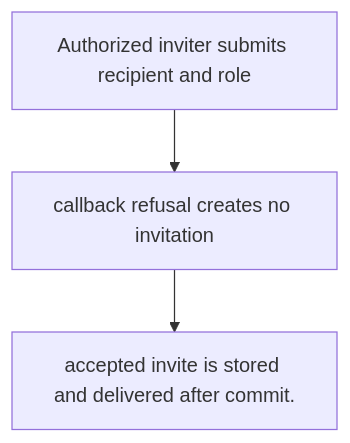
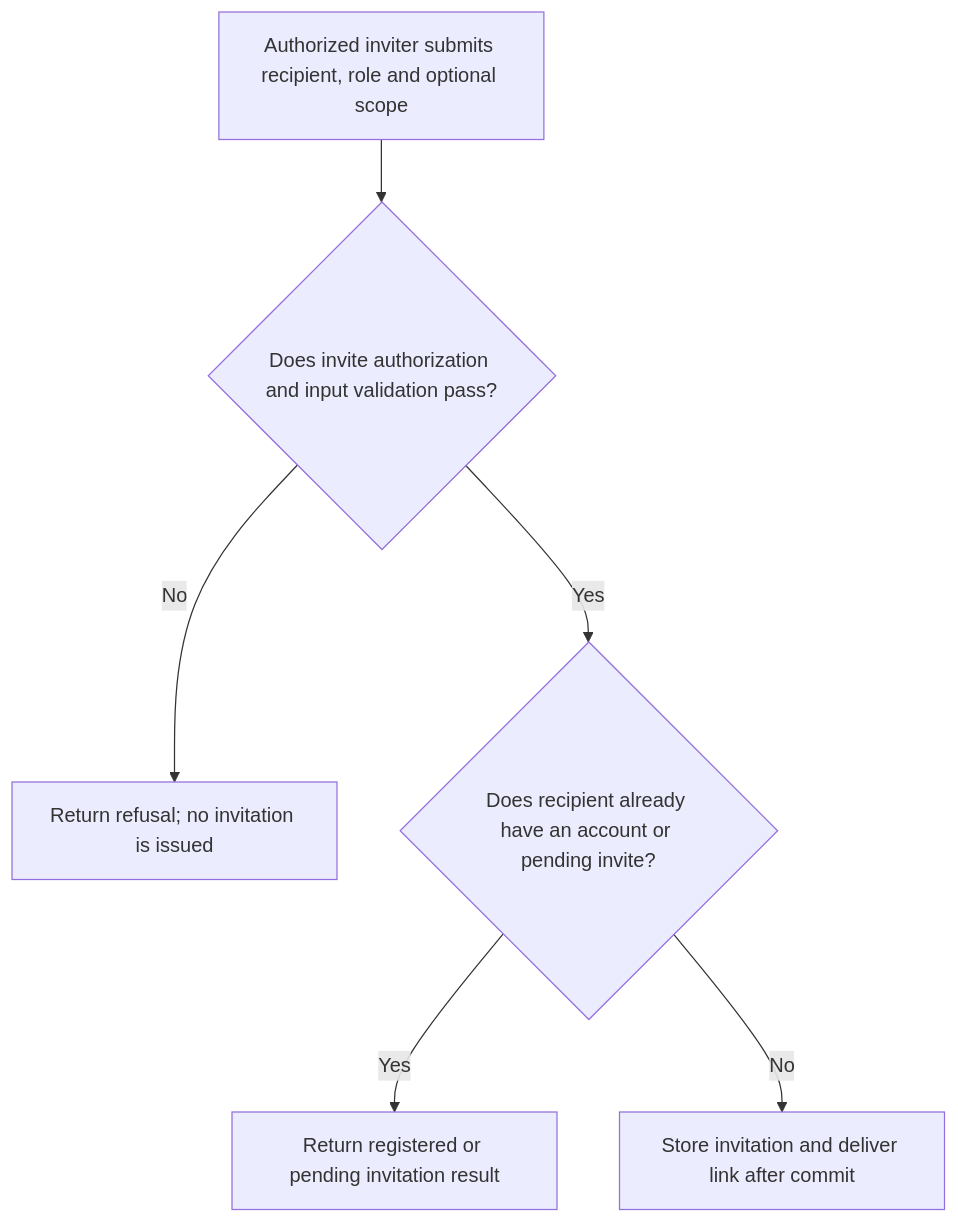
The first of 2 diagrams in user-stories/US-ACCOUNT-08-send-invitation.md (Kevinjohn/oss-adonisjs-account-kit), drawn with Mermaid before and after one commit. The commit also changed other lines of this file and 17 other files, not shown here.

````diff
--- a/user-stories/US-ACCOUNT-08-send-invitation.md
+++ b/user-stories/US-ACCOUNT-08-send-invitation.md
@@ -20,8 +18,8 @@
 ```mermaid
 flowchart TD
-    U0["Authorized inviter submits recipient and role"]
-    U1["callback refusal creates no invitation"]
-    U0 --> U1
-    U2["accepted invite is stored and delivered after commit."]
-    U1 --> U2
+ A["Authorized inviter submits recipient, role and optional scope"] --> B{"Does invite authorization and input validation pass?"}
+ B -->|No| C["Return refusal; no invitation is issued"]
+ B -->|Yes| D{"Does recipient already have an account or pending invite?"}
+ D -->|Yes| E["Return registered or pending invitation result"]
+ D -->|No| F["Store invitation and deliver link after commit"]
 ```
````
